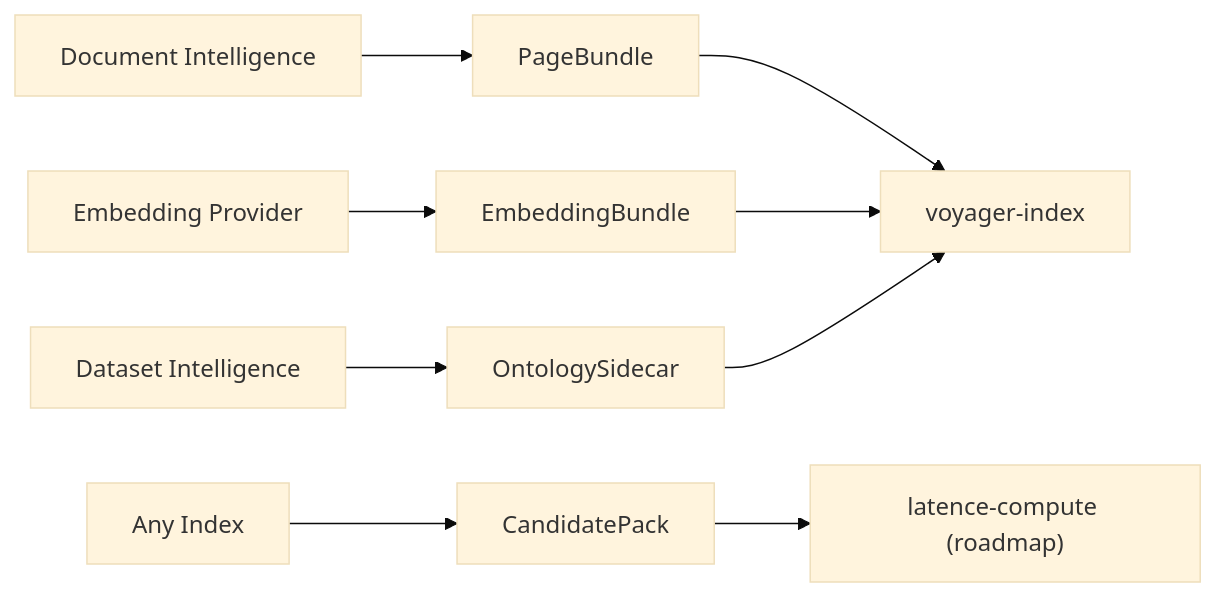
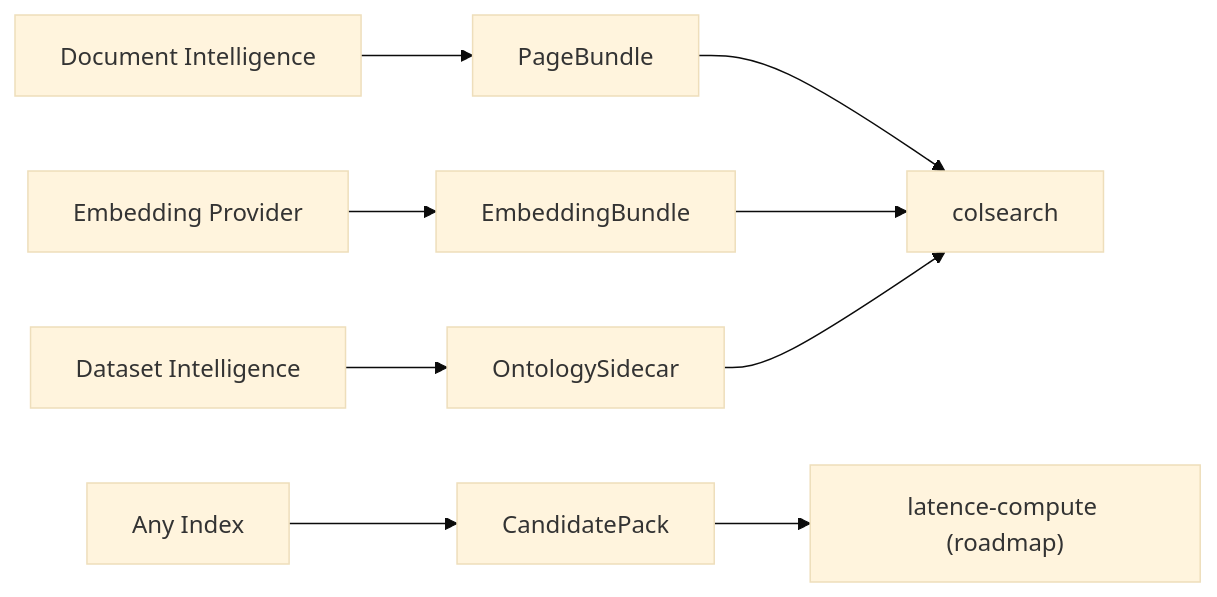
One commit to ddickmann/voyager-index changed the diagram in internal/contracts/ADAPTER_CONTRACTS.md. Above: the diagram before and after it, drawn with Mermaid (base theme). The commit also changed other lines of this file and 311 other files, not shown here.

First line of the commit message:
rename: voyager-index -> colsearch (PyPI + GH); ship 0.2.0

````diff
--- a/internal/contracts/ADAPTER_CONTRACTS.md
+++ b/internal/contracts/ADAPTER_CONTRACTS.md
@@ -21,12 +21,12 @@
 ```mermaid
 flowchart LR
     docIntel["Document Intelligence"] --> pageBundle["PageBundle"]
     embedProvider["Embedding Provider"] --> embeddingBundle["EmbeddingBundle"]
     datasetIntel["Dataset Intelligence"] --> ontologySidecar["OntologySidecar"]
     anyIndex["Any Index"] --> candidatePack["CandidatePack"]
 
-    pageBundle --> voyagerIndex["voyager-index"]
+    pageBundle --> voyagerIndex["colsearch"]
     embeddingBundle --> voyagerIndex
     ontologySidecar --> voyagerIndex
     candidatePack --> latenceCompute["latence-compute (roadmap)"]
 ```
````
